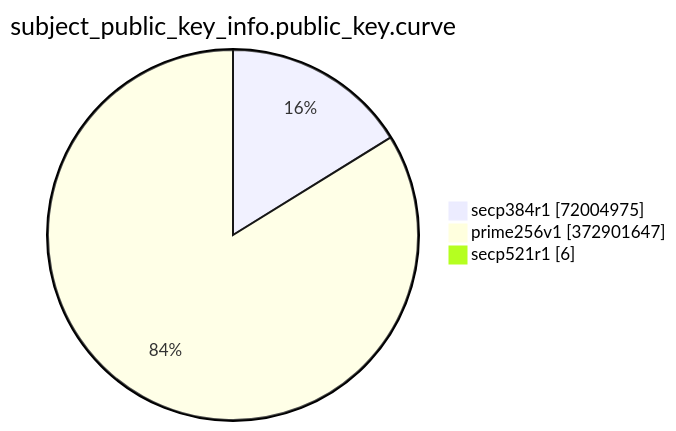
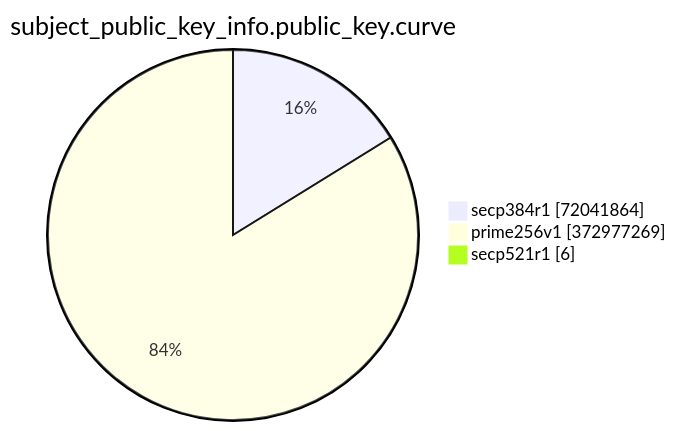
The eighth of 15 diagrams in TOTAL/README.md (christiankrug/ctmonitor_visualization), drawn with Mermaid before and after one commit. The commit also changed other lines of this file, not shown here.

````diff
--- a/TOTAL/README.md
+++ b/TOTAL/README.md
@@ -3094,7 +3094,7 @@
 ```mermaid
 pie showData
 title subject_public_key_info.public_key.curve
-"secp384r1" :72004975
-"prime256v1" :372901647
+"secp384r1" :72041864
+"prime256v1" :372977269
 "secp521r1" :6
 ```
````
